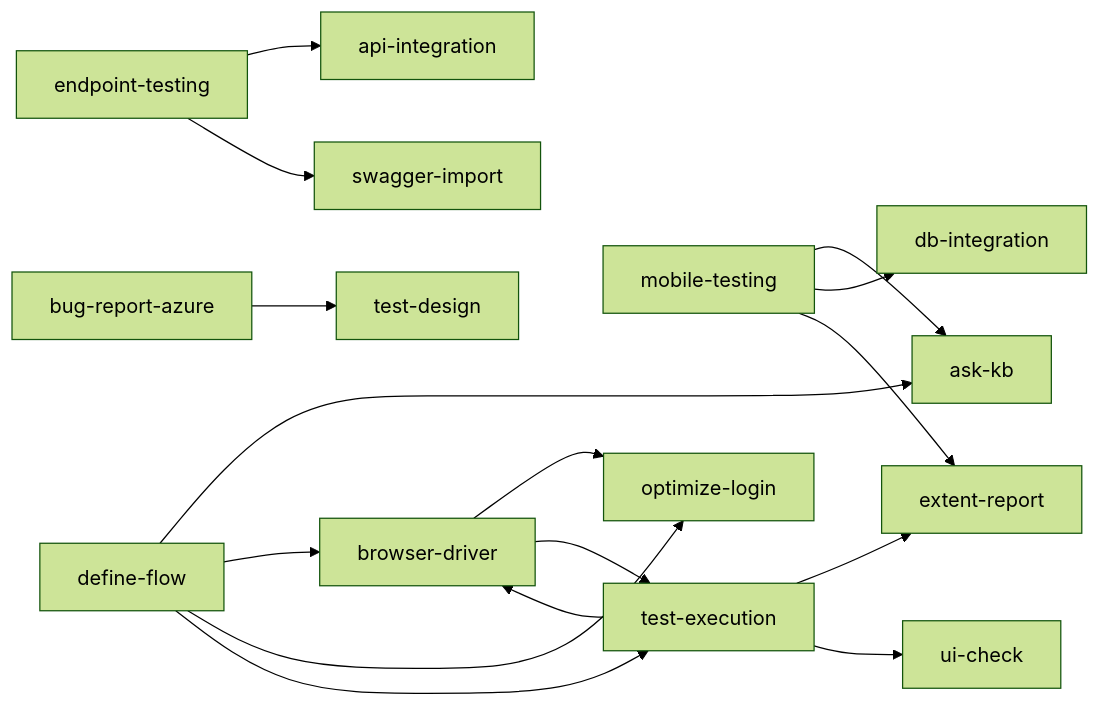
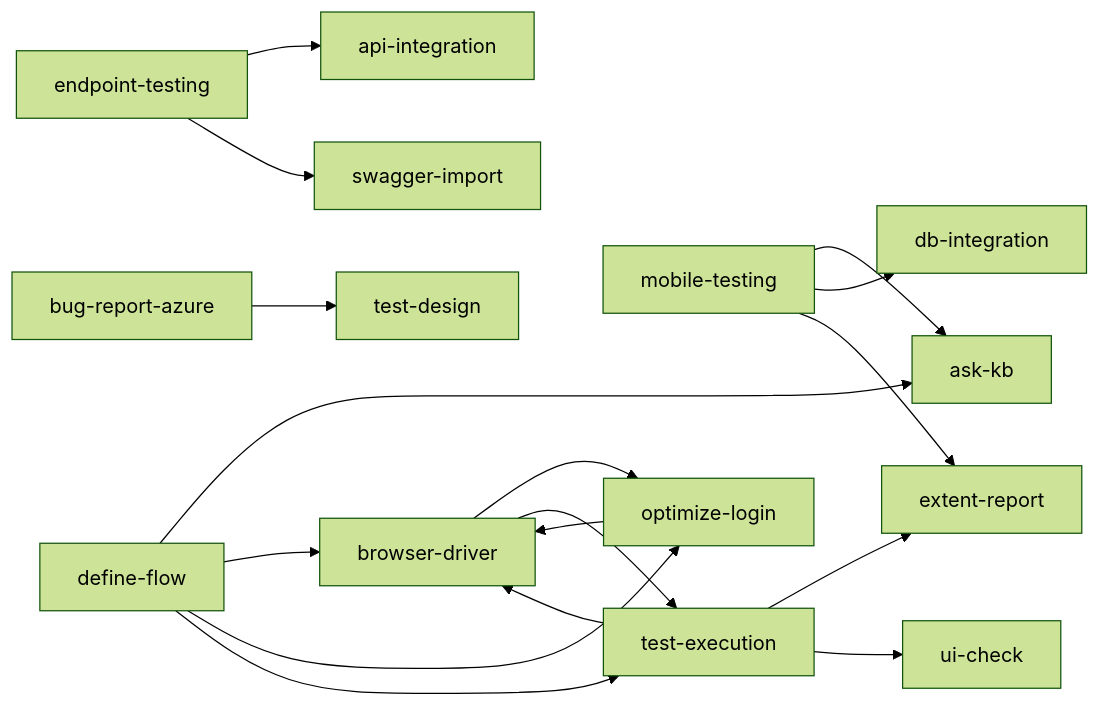
One commit to MhmdElGazzar/agentex changed the second of 2 diagrams in README.md. Above: the diagram before and after it, drawn with Mermaid (forest theme). The commit also changed 4 other files, not shown here.

First line of the commit message:
feat(browser-driver): load and save a saved login through login_state.js in the run's session

````diff
--- a/README.md
+++ b/README.md
@@ -121,32 +121,33 @@
 ```mermaid
 flowchart LR
   s_api_integration["api-integration"]
   s_ask_kb["ask-kb"]
   s_browser_driver["browser-driver"]
   s_bug_report_azure["bug-report-azure"]
   s_db_integration["db-integration"]
   s_define_flow["define-flow"]
   s_endpoint_testing["endpoint-testing"]
   s_extent_report["extent-report"]
   s_mobile_testing["mobile-testing"]
   s_optimize_login["optimize-login"]
   s_swagger_import["swagger-import"]
   s_test_design["test-design"]
   s_test_execution["test-execution"]
   s_ui_check["ui-check"]
   s_browser_driver --> s_optimize_login
   s_browser_driver --> s_test_execution
   s_bug_report_azure --> s_test_design
   s_define_flow --> s_ask_kb
   s_define_flow --> s_browser_driver
   s_define_flow --> s_optimize_login
   s_define_flow --> s_test_execution
   s_endpoint_testing --> s_api_integration
   s_endpoint_testing --> s_swagger_import
   s_mobile_testing --> s_ask_kb
   s_mobile_testing --> s_db_integration
   s_mobile_testing --> s_extent_report
+  s_optimize_login --> s_browser_driver
   s_test_execution --> s_browser_driver
   s_test_execution --> s_extent_report
   s_test_execution --> s_ui_check
 ```
````
